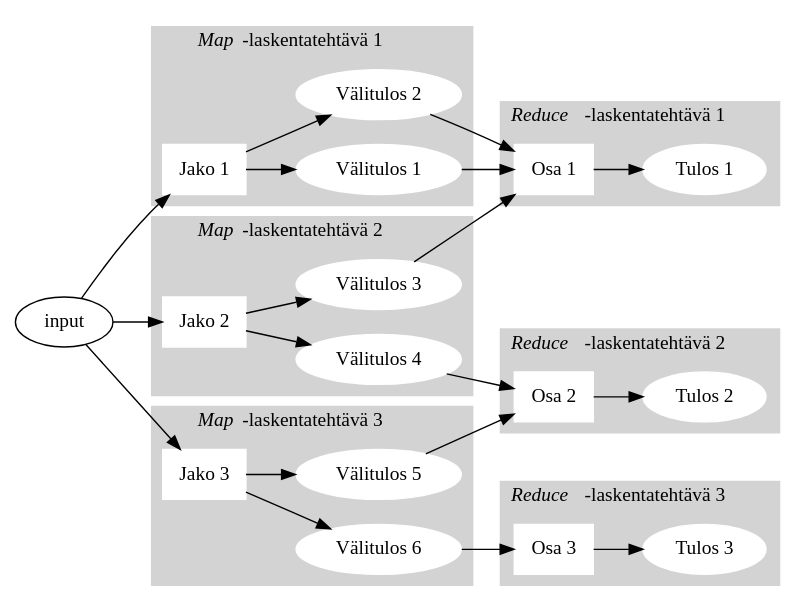
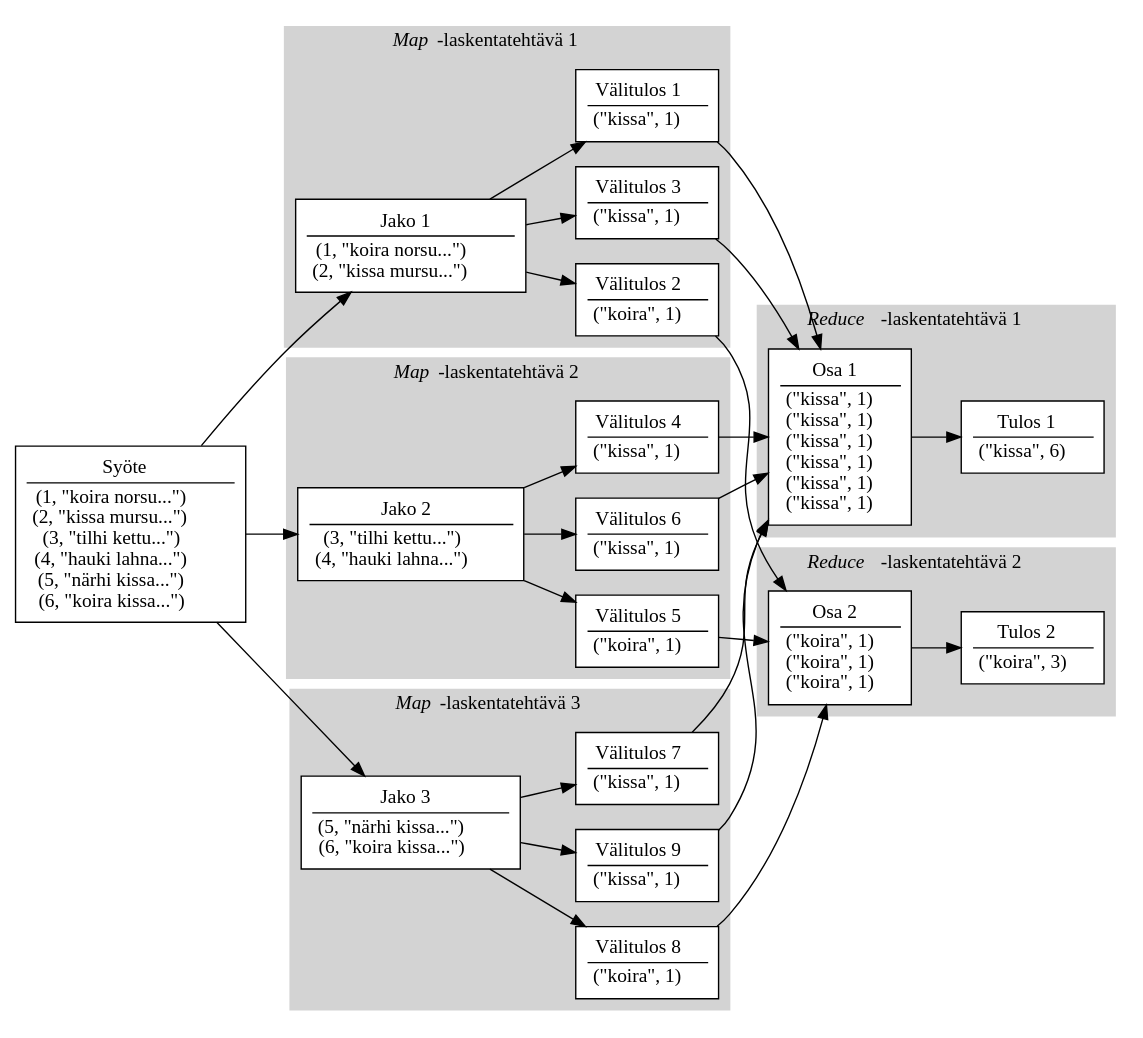
Before and after one commit to Kauhsa/kandi: the diagram in src/images/mapreduce-operation.dot, drawn with Graphviz. The commit also changed 2 other files, not shown here.

```diff
--- a/src/images/mapreduce-operation.dot
+++ b/src/images/mapreduce-operation.dot
@@ -1,82 +1,83 @@
 digraph {
 	rankdir = LR;
 
+	input [label = <<table border="0"><tr><td>Syöte</td></tr><hr/><tr><td>(1, "koira norsu...")<br/>(2, "kissa mursu...")<br/>(3, "tilhi kettu...")<br/>(4, "hauki lahna...")<br/>(5, "närhi kissa...")<br/>(6, "koira kissa...")</td></tr></table>>; shape="box"; style="filled"; fillcolor = "white"; color = "black"];
+	
 	subgraph cluster_maptask1 {
 		label = <<i>Map</i>-laskentatehtävä 1>;
         style = "filled";
         color = "lightgrey";
         node [style = "filled"; color = "white"];
-		split1 [label = "Jako 1"; shape = "box"];
-		intermediate1 [label = "Välitulos 1"];
-		intermediate2 [label = "Välitulos 2"];
+		split1 [label = <<table border="0"><tr><td>Jako 1</td></tr><hr/><tr><td>(1, "koira norsu...")<br/>(2, "kissa mursu...")</td></tr></table>>; shape="box"; style="filled"; fillcolor = "white"; color = "black"];
+		intermediate1 [label = <<table border="0"><tr><td>Välitulos 1</td></tr><hr/><tr><td>("kissa", 1)</td></tr></table>>; shape="box"; style="filled"; fillcolor = "white"; color = "black"];
+		intermediate2 [label = <<table border="0"><tr><td>Välitulos 2</td></tr><hr/><tr><td>("koira", 1)</td></tr></table>>; shape="box"; style="filled"; fillcolor = "white"; color = "black" ];
+		intermediate3 [label = <<table border="0"><tr><td>Välitulos 3</td></tr><hr/><tr><td>("kissa", 1)</td></tr></table>>; shape="box"; style="filled"; fillcolor = "white"; color = "black"];
 	}
 	
 	subgraph cluster_maptask2 {
 		label = <<i>Map</i>-laskentatehtävä 2>;
         style = "filled";
         color = "lightgrey";
         node [style = "filled"; color = "white"];
-		split2 [label = "Jako 2"; shape = "box"];
-		intermediate3 [label = "Välitulos 3"];
-		intermediate4 [label = "Välitulos 4"];
+		split2 [label = <<table border="0"><tr><td>Jako 2</td></tr><hr/><tr><td>(3, "tilhi kettu...")<br/>(4, "hauki lahna...")</td></tr></table>>; shape="box"; style="filled"; fillcolor = "white"; color = "black"];
+		intermediate4 [label = <<table border="0"><tr><td>Välitulos 4</td></tr><hr/><tr><td>("kissa", 1)</td></tr></table>>; shape="box"; style="filled"; fillcolor = "white"; color = "black"];
+		intermediate5 [label = <<table border="0"><tr><td>Välitulos 5</td></tr><hr/><tr><td>("koira", 1)</td></tr></table>>; shape="box"; style="filled"; fillcolor = "white"; color = "black" ];
+		intermediate6 [label = <<table border="0"><tr><td>Välitulos 6</td></tr><hr/><tr><td>("kissa", 1)</td></tr></table>>; shape="box"; style="filled"; fillcolor = "white"; color = "black"];
 	}
 	
 	subgraph cluster_maptask3 {
 		label = <<i>Map</i>-laskentatehtävä 3>;
         style = "filled";
         color = "lightgrey";
         node [style = "filled"; color = "white"];
-		split3 [label = "Jako 3"; shape = "box"];
-		intermediate5 [label = "Välitulos 5"];
-		intermediate6 [label = "Välitulos 6"];
+		split3 [label = <<table border="0"><tr><td>Jako 3</td></tr><hr/><tr><td>(5, "närhi kissa...")<br/>(6, "koira kissa...")</td></tr></table>>; shape="box"; style="filled"; fillcolor = "white"; color = "black"];
+		intermediate7 [label = <<table border="0"><tr><td>Välitulos 7</td></tr><hr/><tr><td>("kissa", 1)</td></tr></table>>; shape="box"; style="filled"; fillcolor = "white"; color = "black"];
+		intermediate8 [label = <<table border="0"><tr><td>Välitulos 8</td></tr><hr/><tr><td>("koira", 1)</td></tr></table>>; shape="box"; style="filled"; fillcolor = "white"; color = "black" ];
+		intermediate9 [label = <<table border="0"><tr><td>Välitulos 9</td></tr><hr/><tr><td>("kissa", 1)</td></tr></table>>; shape="box"; style="filled"; fillcolor = "white"; color = "black"];
 	}
 
 	subgraph cluster_reducetask1 {
 		label = <<i>Reduce</i>-laskentatehtävä 1>
         style = "filled";
         color = "lightgrey";
         node [style = "filled"; color = "white"];
-		partition1 [label = "Osa 1"; shape = "box"];
-		result1 [label = "Tulos 1"];
+		partition1 [label = <<table border="0"><tr><td>Osa 1</td></tr><hr/><tr><td>("kissa", 1)<br/>("kissa", 1)<br/>("kissa", 1)<br/>("kissa", 1)<br/>("kissa", 1)<br/>("kissa", 1)</td></tr></table>>; shape="box"; style="filled"; fillcolor = "white"; color = "black"];
+		result1 [label = <<table border="0"><tr><td>Tulos 1</td></tr><hr/><tr><td>("kissa", 6)</td></tr></table>>; shape="box"; style="filled"; fillcolor = "white"; color = "black"];
 	}
 
 	subgraph cluster_reducetask2 {
 		label = <<i>Reduce</i>-laskentatehtävä 2>
         style = "filled";
         color = "lightgrey";
         node [style = "filled"; color = "white"];
-		partition2 [label = "Osa 2"; shape = "box"];
-		result2 [label = "Tulos 2"];
-	}
-
-	subgraph cluster_reducetask3 {
-		label = <<i>Reduce</i>-laskentatehtävä 3>
-        style = "filled";
-        color = "lightgrey";
-        node [style = "filled"; color = "white"];
-		partition3 [label = "Osa 3"; shape = "box"];
-		result3 [label = "Tulos 3"];
+		partition2 [label = <<table border="0"><tr><td>Osa 2</td></tr><hr/><tr><td>("koira", 1)<br/>("koira", 1)<br/>("koira", 1)</td></tr></table>>; shape="box"; style="filled"; fillcolor = "white"; color = "black"];
+		result2 [label = <<table border="0"><tr><td>Tulos 2</td></tr><hr/><tr><td>("koira", 3)</td></tr></table>>; shape="box"; style="filled"; fillcolor = "white"; color = "black"];
 	}
 
 	input -> split1; 
 	input -> split2;
 	input -> split3;
 
 	split1 -> intermediate1; 
 	split1 -> intermediate2;
-	split2 -> intermediate3;
+	split1 -> intermediate3;
 	split2 -> intermediate4;
-	split3 -> intermediate5;
-	split3 -> intermediate6;
+	split2 -> intermediate5;
+	split2 -> intermediate6;
+	split3 -> intermediate7;
+	split3 -> intermediate8;
+	split3 -> intermediate9;
 
 	intermediate1 -> partition1;
-	intermediate2 -> partition1;
+	intermediate2 -> partition2;
 	intermediate3 -> partition1;
-	intermediate4 -> partition2;
+	intermediate4 -> partition1;
 	intermediate5 -> partition2;
-	intermediate6 -> partition3;
+	intermediate6 -> partition1;
+	intermediate7 -> partition1;
+	intermediate8 -> partition2;
+	intermediate9 -> partition1;
 
 	partition1 -> result1;
 	partition2 -> result2;
-	partition3 -> result3;
 }
```
